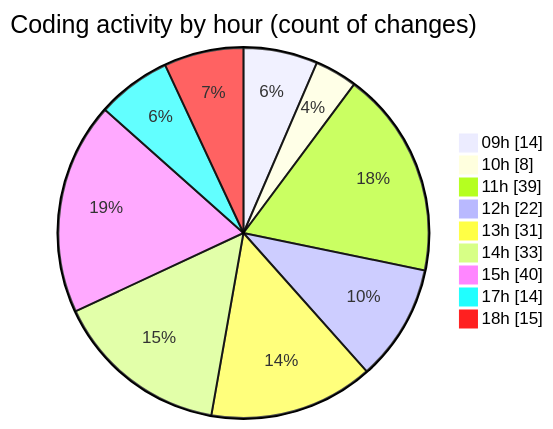
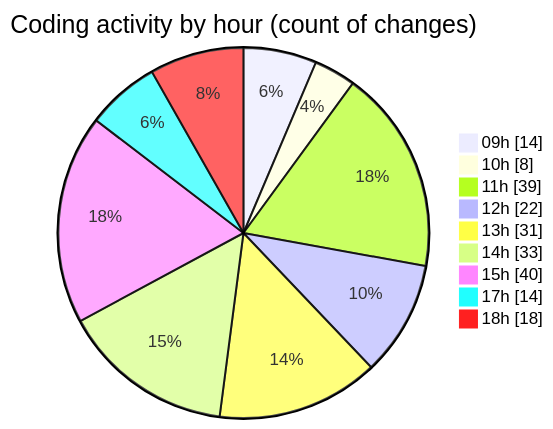
One commit to momahboobian/code-tracking changed the second of 2 diagrams in 2025-02-07/cda/README.md. Above: the diagram before and after it, drawn with Mermaid. The commit also changed other lines of this file and 1 other file, not shown here.

````diff
--- a/2025-02-07/cda/README.md
+++ b/2025-02-07/cda/README.md
@@ -70,13 +70,13 @@
 ```mermaid
 pie showData
 title Coding activity by hour (count of changes)
 "09h" : 14
 "10h" : 8
 "11h" : 39
 "12h" : 22
 "13h" : 31
 "14h" : 33
 "15h" : 40
 "17h" : 14
-"18h" : 15
+"18h" : 18
 ```
````
